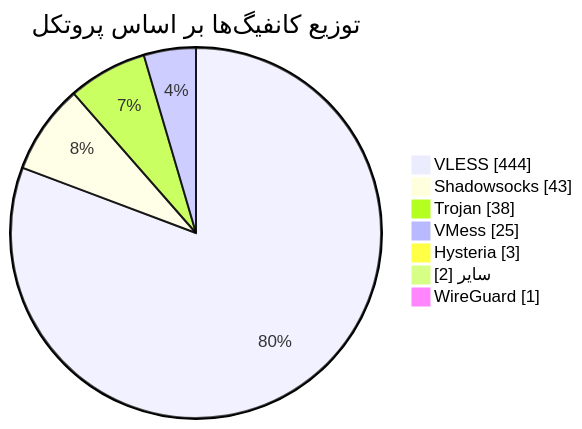
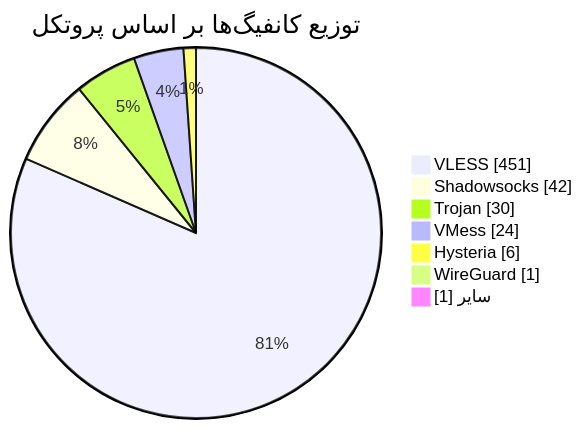
One commit to Arian-Alijani/Somthing changed the diagram in README.md. Above: the diagram before and after it, drawn with Mermaid. The commit also changed other lines of this file and 77 other files, not shown here.

````diff
--- a/README.md
+++ b/README.md
@@ -49,11 +49,11 @@
 ```mermaid
 pie showData
     title توزیع کانفیگ‌ها بر اساس پروتکل
-    "VLESS" : 444
-    "Shadowsocks" : 43
-    "Trojan" : 38
-    "VMess" : 25
-    "Hysteria" : 3
-    "سایر" : 2
+    "VLESS" : 451
+    "Shadowsocks" : 42
+    "Trojan" : 30
+    "VMess" : 24
+    "Hysteria" : 6
     "WireGuard" : 1
+    "سایر" : 1
 ```
````
